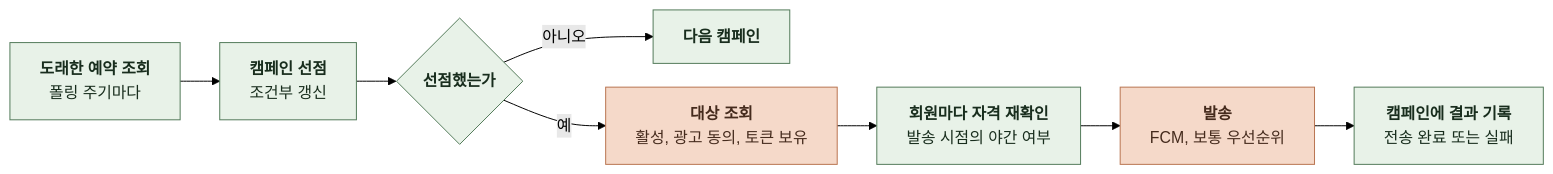
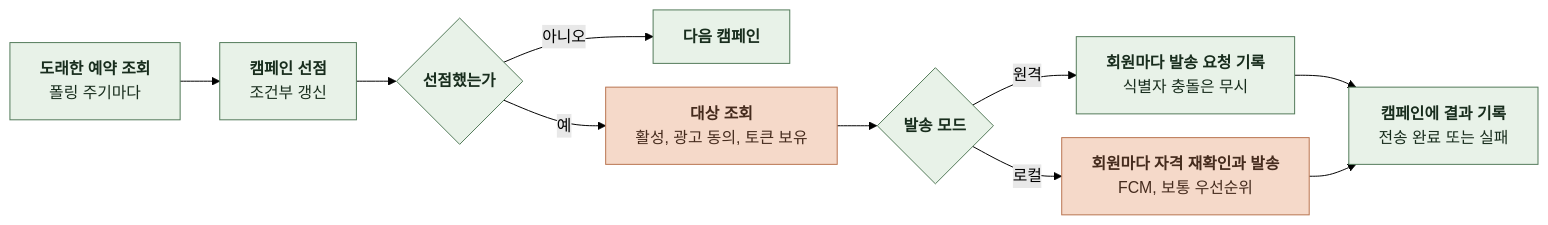
One commit to KIM-N-KANG/knk-harness changed the eighth of 13 diagrams in docs/domain/NOTIFICATION/BACKEND/4-1-PIPELINES.md. Above: the diagram before and after it, drawn with Mermaid (forest theme). The commit also changed other lines of this file and 11 other files, not shown here.

````diff
--- a/docs/domain/NOTIFICATION/BACKEND/4-1-PIPELINES.md
+++ b/docs/domain/NOTIFICATION/BACKEND/4-1-PIPELINES.md
@@ -221,21 +225,23 @@
 ```mermaid
 %%{init: {"flowchart": {"curve": "basis", "nodeSpacing": 24, "rankSpacing": 40}}}%%
 flowchart LR
     A["`**도래한 예약 조회**
 폴링 주기마다`"] --> B["`**캠페인 선점**
 조건부 갱신`"]
     B --> C{"`**선점했는가**`"}
     C -->|아니오| X["`**다음 캠페인**`"]
     C -->|예| D["`**대상 조회**
 활성, 광고 동의, 토큰 보유`"]
-    D --> E["`**회원마다 자격 재확인**
-발송 시점의 야간 여부`"]
-    E --> F["`**발송**
+    D --> E{"`**발송 모드**`"}
+    E -->|원격| F["`**회원마다 발송 요청 기록**
+식별자 충돌은 무시`"]
+    E -->|로컬| H["`**회원마다 자격 재확인과 발송**
 FCM, 보통 우선순위`"]
     F --> G["`**캠페인에 결과 기록**
 전송 완료 또는 실패`"]
+    H --> G
     classDef comp fill:#E8F2E8,stroke:#527A59,color:#182D1D
     classDef task fill:#F5D9C9,stroke:#B97450,color:#452B1D
-    class A,B,C,E,G,X comp
-    class D,F task
+    class A,B,C,E,F,G,X comp
+    class D,H task
 ```
````
